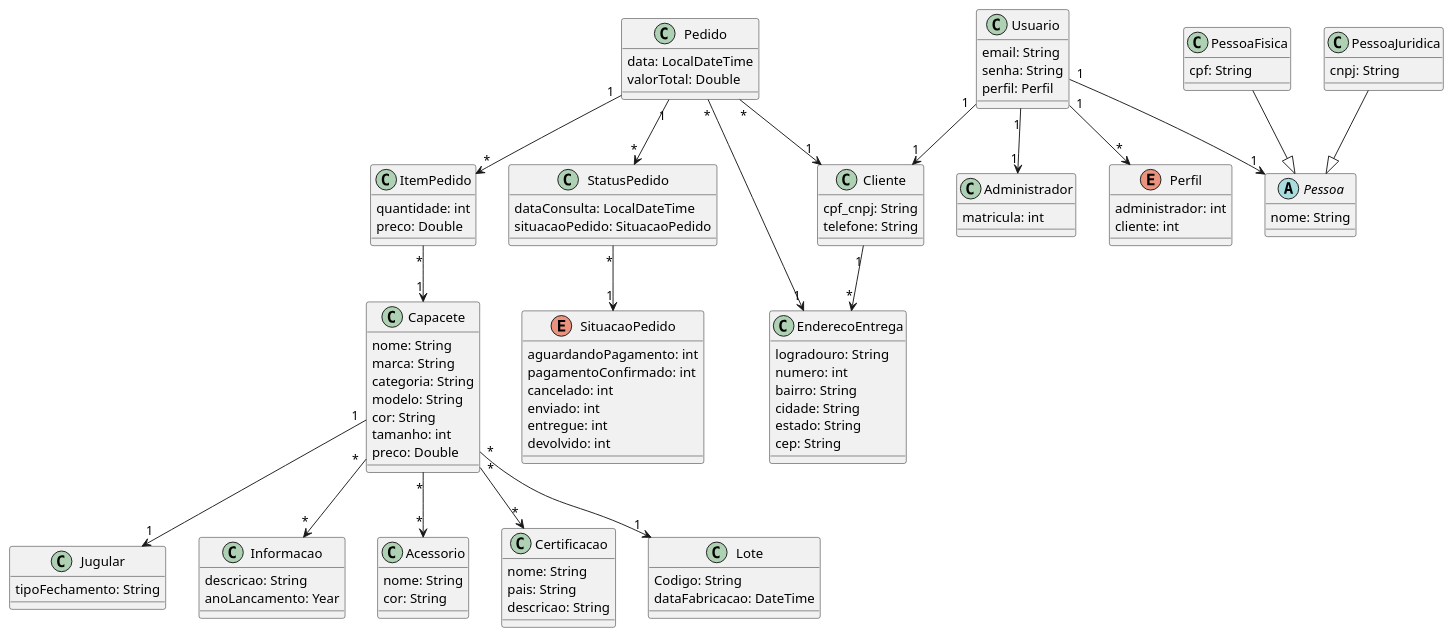
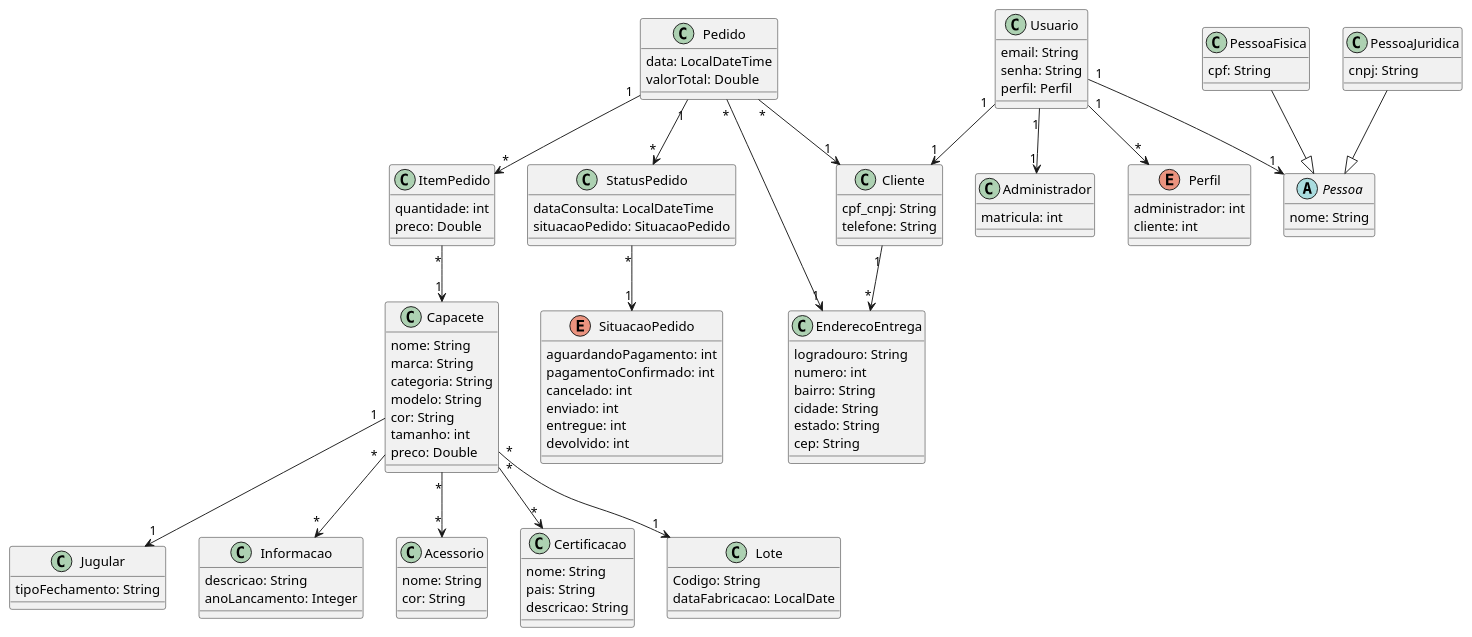
One commit to Gilsiandry/tp1_ecommerce_capacete changed the diagram in src/main/java/br/unitins/tp1/diagrama_classe_t1.plantuml. Above: the diagram before and after it, drawn with PlantUML. The commit also changed 51 other files, not shown here.

```diff
--- a/src/main/java/br/unitins/tp1/diagrama_classe_t1.plantuml
+++ b/src/main/java/br/unitins/tp1/diagrama_classe_t1.plantuml
@@ -1,137 +1,137 @@
 @startuml
 
 class Capacete {
     nome: String
     marca: String
     categoria: String
     modelo: String
     cor: String
     tamanho: int
     preco: Double
 }
 
 class Jugular {
     tipoFechamento: String
     
 }
 
 class Informacao {
     descricao: String
-    anoLancamento: Year
+    anoLancamento: Integer
 }
 
 class Acessorio {
     nome: String
     cor: String
 }
 
 class Certificacao {
     nome: String
     pais: String
     descricao: String
 }
 
 class Lote {
     Codigo: String
-    dataFabricacao: DateTime
+    dataFabricacao: LocalDate
 }
 
 
 
 class Usuario {
     email: String
     senha: String
     perfil: Perfil
 }
 
 enum Perfil {
     administrador: int
     cliente: int
 }
 
 class Administrador {
     matricula: int
 }
 
 abstract Pessoa {
     nome: String
 }
 
 class PessoaFisica{
     cpf: String
 }
 
 class PessoaJuridica{
     cnpj: String
 }
 
 
 class Cliente {
     cpf_cnpj: String
     telefone: String
 }
 
 
 class EnderecoEntrega {
     logradouro: String
     numero: int
     bairro: String
     cidade: String
     estado: String
     cep: String
 }
 
 
 class Pedido {
     data: LocalDateTime
     valorTotal: Double
 }
 
 class StatusPedido {
     dataConsulta: LocalDateTime
     situacaoPedido: SituacaoPedido
 }
 
 enum SituacaoPedido {
     aguardandoPagamento: int
     pagamentoConfirmado: int
     cancelado: int
     enviado: int
     entregue: int
     devolvido: int
 }
 
 class ItemPedido {
     quantidade: int
     preco: Double
 }
 
 
 'relacionamento
 
 Capacete "*" --> "*"Certificacao
 Capacete "*" --> "*" Acessorio
 Capacete "*" --> "*" Informacao
 Capacete "*" --> "1" Lote
 Capacete "1" --> "1" Jugular
 
 
 Usuario "1" --> "*" Perfil
 Usuario "1" --> "1" Pessoa
 Usuario "1" --> "1" Cliente
 Usuario "1" --> "1" Administrador
 Cliente "1" --> "*" EnderecoEntrega
 
 
 Pedido "*" --> "1" Cliente
 Pedido "1" --> "*" StatusPedido
 Pedido "1" --> "*" ItemPedido
 Pedido "*" --> "1" EnderecoEntrega
 StatusPedido "*" --> "1" SituacaoPedido
 ItemPedido "*" --> "1" Capacete
 
 
 PessoaFisica --|> Pessoa
 PessoaJuridica --|> Pessoa
 
 @enduml
```
